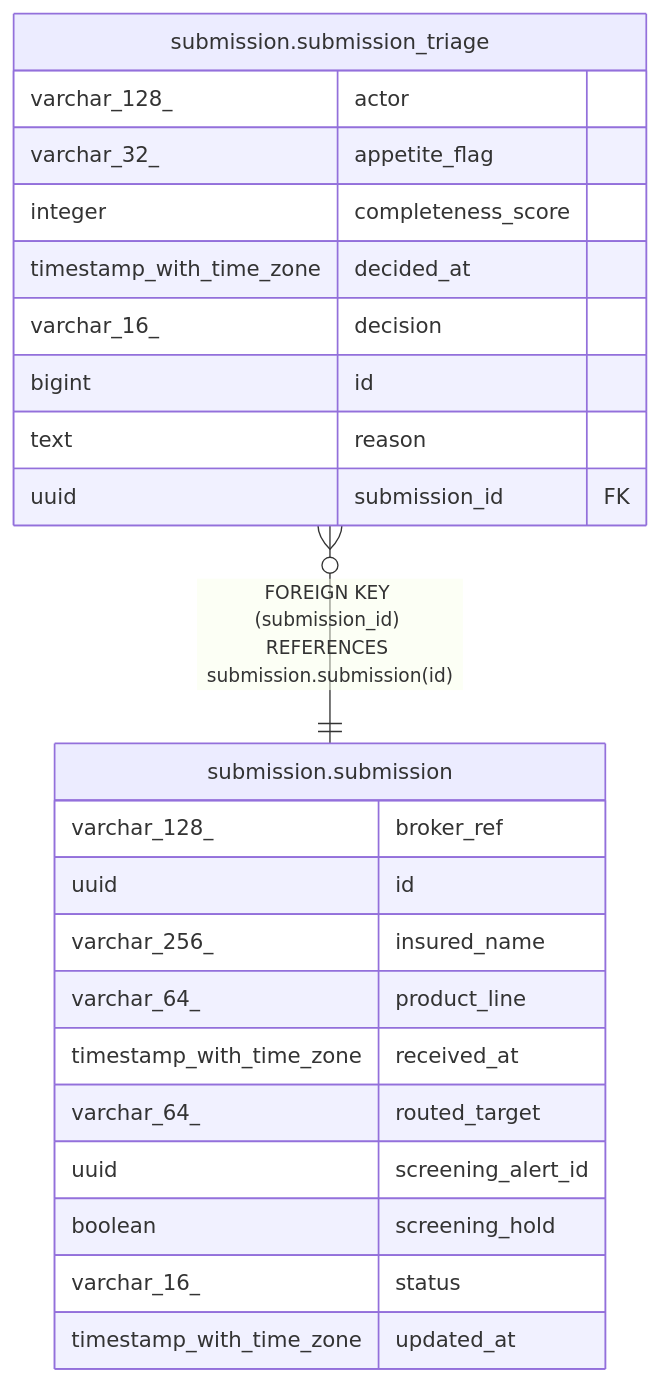
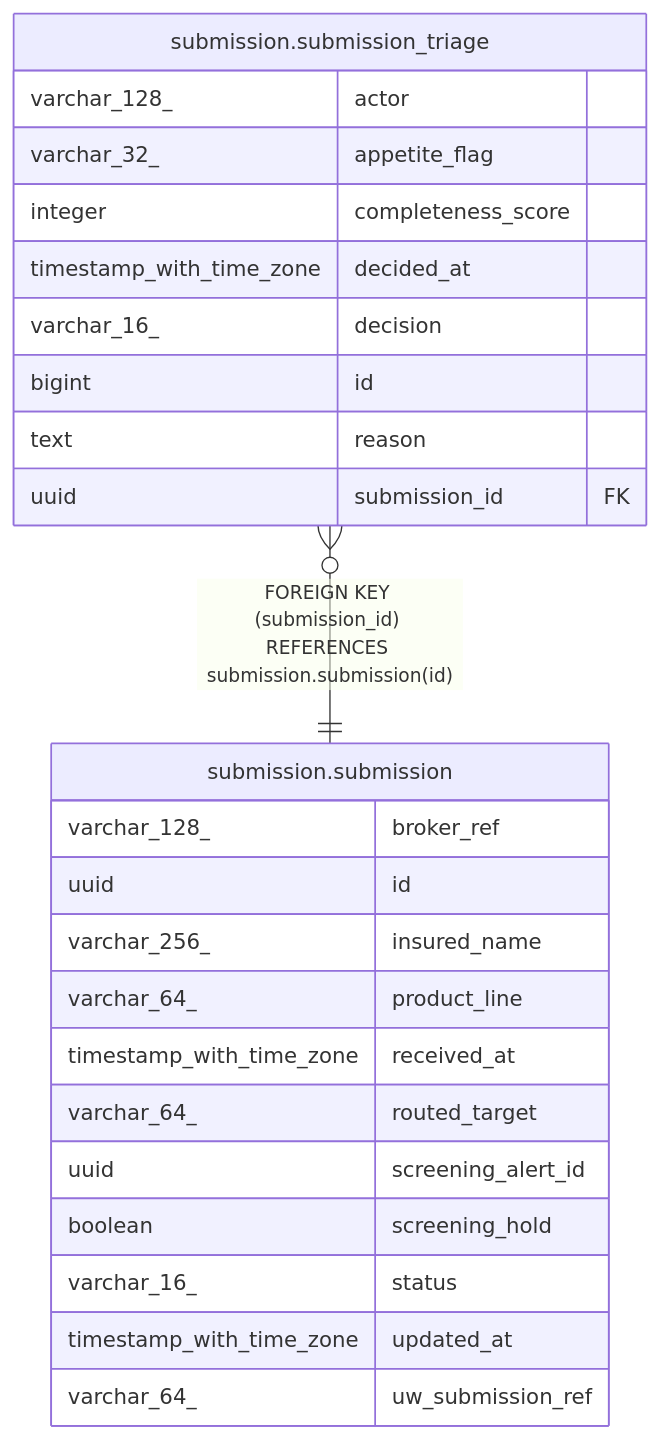
Before and after one commit to andrelair-platform/ktayl-core: the diagram in docs/data-model/submission.submission_triage.md, drawn with Mermaid. The commit also changed 25 other files, not shown here.

````diff
--- a/docs/data-model/submission.submission_triage.md
+++ b/docs/data-model/submission.submission_triage.md
@@ -33,28 +33,29 @@
 ```mermaid
 erDiagram
 
 "submission.submission_triage" }o--|| "submission.submission" : "FOREIGN KEY (submission_id) REFERENCES submission.submission(id)"
 
 "submission.submission_triage" {
   varchar_128_ actor
   varchar_32_ appetite_flag
   integer completeness_score
   timestamp_with_time_zone decided_at
   varchar_16_ decision
   bigint id
   text reason
   uuid submission_id FK
 }
 "submission.submission" {
   varchar_128_ broker_ref
   uuid id
   varchar_256_ insured_name
   varchar_64_ product_line
   timestamp_with_time_zone received_at
   varchar_64_ routed_target
   uuid screening_alert_id
   boolean screening_hold
   varchar_16_ status
   timestamp_with_time_zone updated_at
+  varchar_64_ uw_submission_ref
 }
 ```
````
